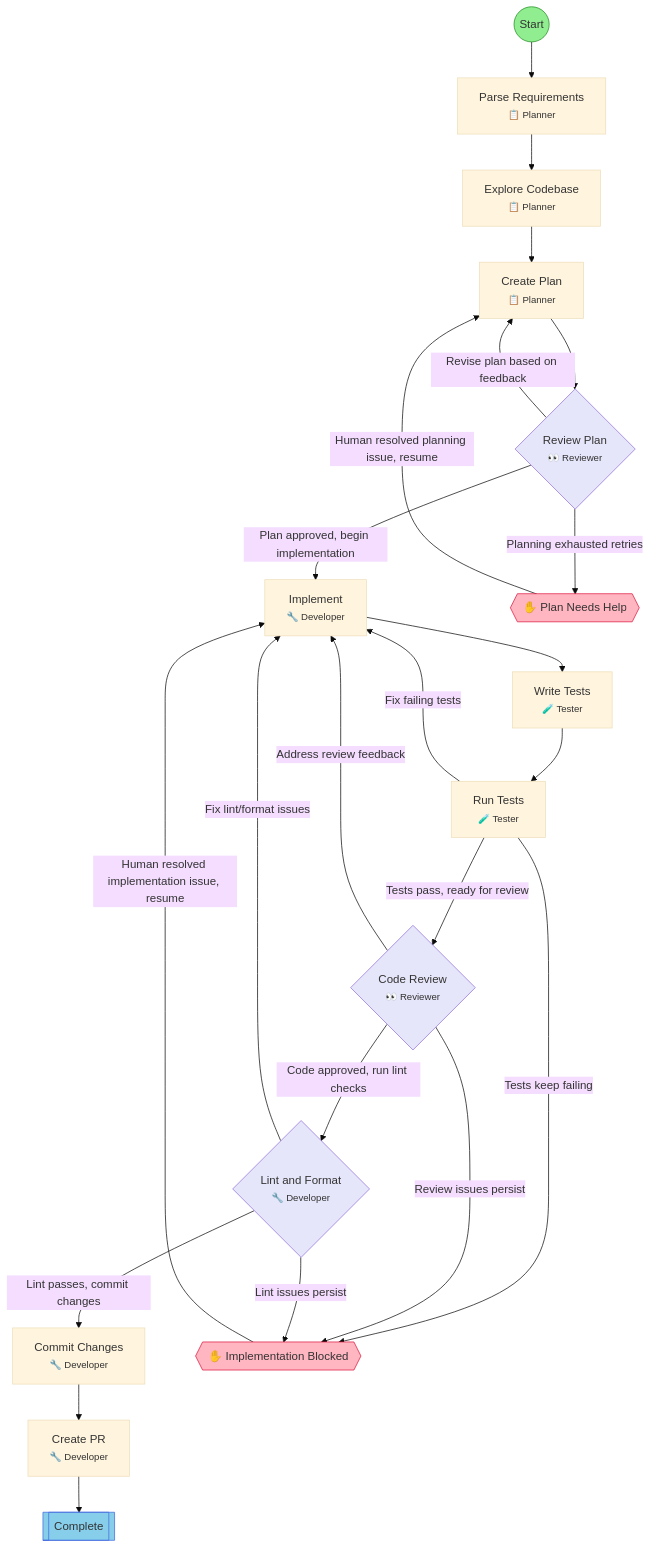
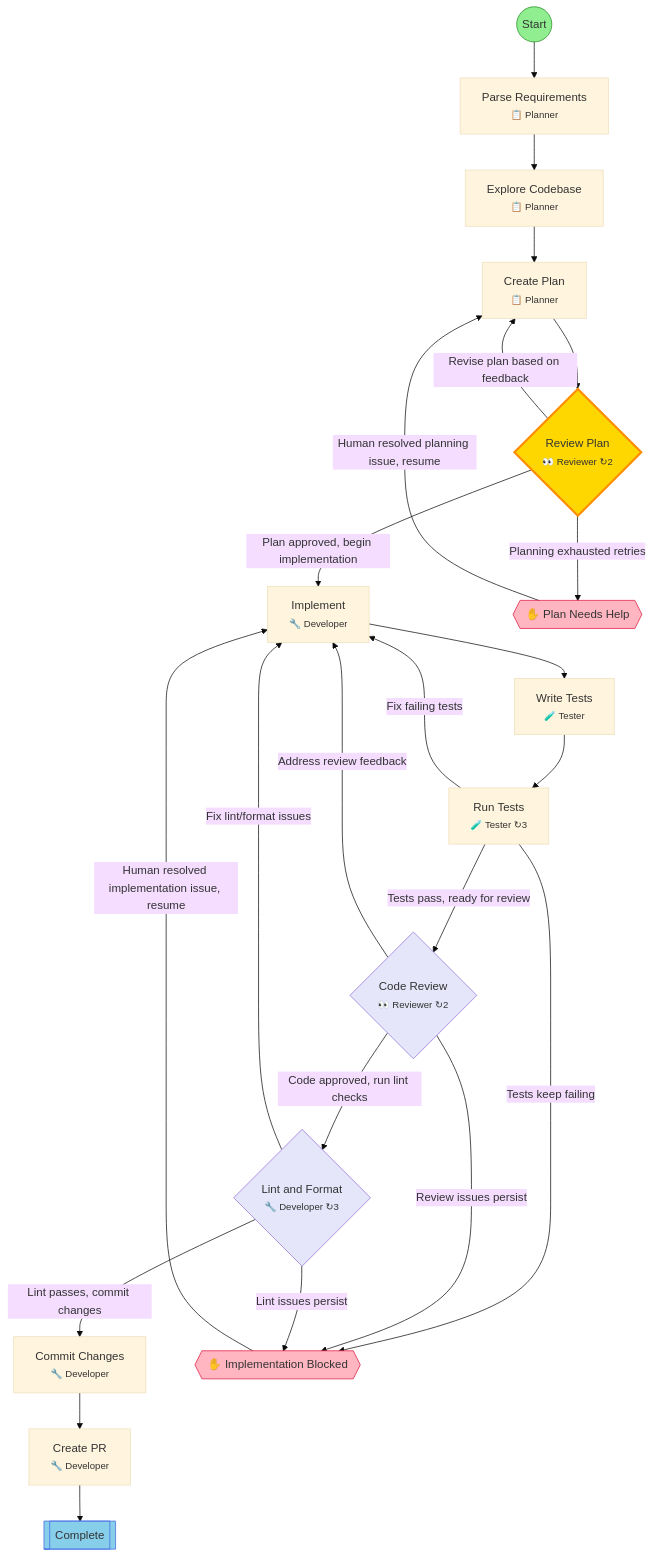
The diagram in .flow/diagrams/feature-development.md (leclabs/agent-toolkit), drawn with Mermaid (base theme) before and after one commit. The commit also changed other lines of this file and 114 other files, not shown here.

````diff
--- a/.flow/diagrams/feature-development.md
+++ b/.flow/diagrams/feature-development.md
@@ -7,52 +7,53 @@
 ```mermaid
 flowchart TD
     start(("Start"))
     parse_requirements["Parse Requirements<br/><small>📋 Planner</small>"]
     explore_codebase["Explore Codebase<br/><small>📋 Planner</small>"]
     create_plan["Create Plan<br/><small>📋 Planner</small>"]
-    plan_review{"Review Plan<br/><small>👀 Reviewer</small>"}
+    plan_review{"Review Plan<br/><small>👀 Reviewer ↻2</small>"}
     implement["Implement<br/><small>🔧 Developer</small>"]
     write_tests["Write Tests<br/><small>🧪 Tester</small>"]
-    run_tests["Run Tests<br/><small>🧪 Tester</small>"]
-    code_review{"Code Review<br/><small>👀 Reviewer</small>"}
-    lint_format{"Lint and Format<br/><small>🔧 Developer</small>"}
+    run_tests["Run Tests<br/><small>🧪 Tester ↻3</small>"]
+    code_review{"Code Review<br/><small>👀 Reviewer ↻2</small>"}
+    lint_format{"Lint and Format<br/><small>🔧 Developer ↻3</small>"}
     commit["Commit Changes<br/><small>🔧 Developer</small>"]
     create_pr["Create PR<br/><small>🔧 Developer</small>"]
     end_success[["Complete"]]
     hitl_plan_failed{{"✋ Plan Needs Help"}}
     hitl_impl_failed{{"✋ Implementation Blocked"}}
 
     start --> parse_requirements
     parse_requirements --> explore_codebase
     explore_codebase --> create_plan
     create_plan --> plan_review
     plan_review -->|Revise plan based on feedback| create_plan
     plan_review -->|Planning exhausted retries| hitl_plan_failed
     plan_review -->|Plan approved, begin implementation| implement
     implement --> write_tests
     write_tests --> run_tests
     run_tests -->|Fix failing tests| implement
     run_tests -->|Tests keep failing| hitl_impl_failed
     run_tests -->|Tests pass, ready for review| code_review
     code_review -->|Address review feedback| implement
     code_review -->|Review issues persist| hitl_impl_failed
     code_review -->|Code approved, run lint checks| lint_format
     lint_format -->|Lint passes, commit changes| commit
     lint_format -->|Fix lint/format issues| implement
     lint_format -->|Lint issues persist| hitl_impl_failed
     commit --> create_pr
     create_pr --> end_success
     hitl_plan_failed -->|Human resolved planning issue, resume| create_plan
     hitl_impl_failed -->|Human resolved implementation issue, resume| implement
 
     classDef startStep fill:#90EE90,stroke:#228B22
     classDef successStep fill:#87CEEB,stroke:#4169E1
     classDef hitlStep fill:#FFB6C1,stroke:#DC143C
     classDef gateStep fill:#E6E6FA,stroke:#9370DB
     classDef forkJoinStep fill:#FFEAA7,stroke:#FDCB6E
     classDef currentStep fill:#FFD700,stroke:#FF8C00,stroke-width:3px
     class start startStep
     class end_success successStep
     class hitl_plan_failed,hitl_impl_failed hitlStep
     class plan_review,code_review,lint_format gateStep
+    class plan_review currentStep
 ```
````
